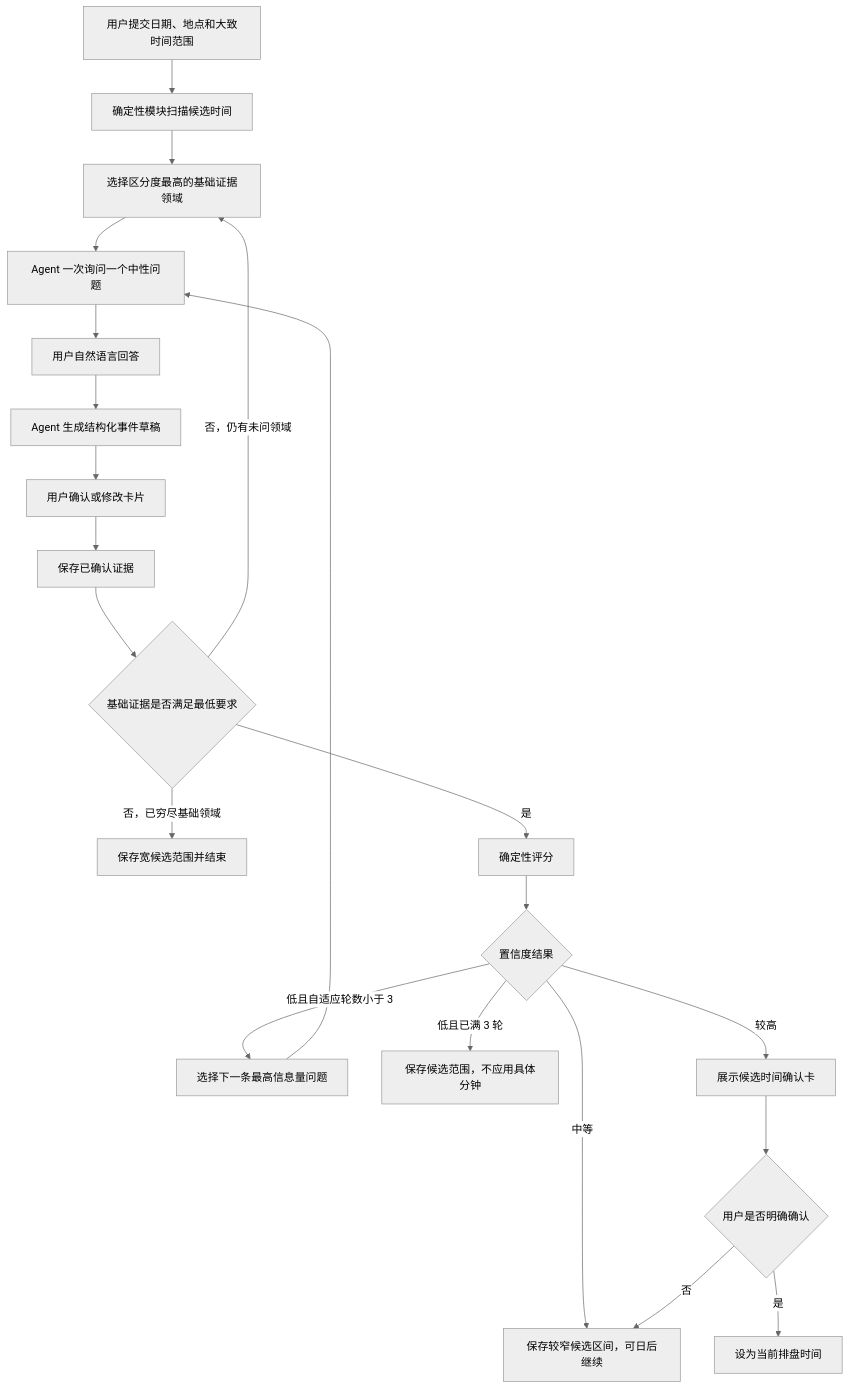
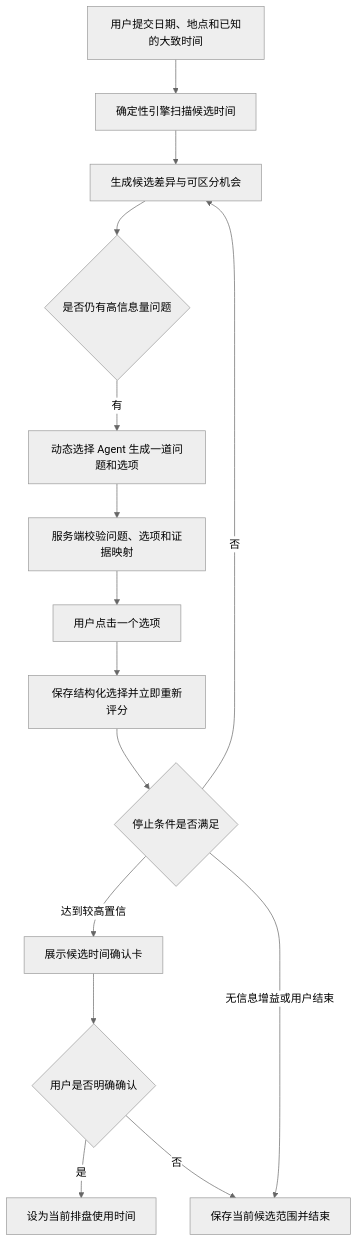
The first of 2 diagrams in docs/superpowers/specs/2026-07-18-agent-guided-birth-time-rectification-design.md (jesse-ux/Jyotisha), drawn with Mermaid (neutral theme) before and after one commit. The commit also changed other lines of this file and 1 other file, not shown here.

````diff
--- a/docs/superpowers/specs/2026-07-18-agent-guided-birth-time-rectification-design.md
+++ b/docs/superpowers/specs/2026-07-18-agent-guided-birth-time-rectification-design.md
@@ -40,23 +43,17 @@
 ```mermaid
 flowchart TD
-    A["用户提交日期、地点和大致时间范围"] --> B["确定性模块扫描候选时间"]
-    B --> C["选择区分度最高的基础证据领域"]
-    C --> D["Agent 一次询问一个中性问题"]
-    D --> E["用户自然语言回答"]
-    E --> F["Agent 生成结构化事件草稿"]
-    F --> G["用户确认或修改卡片"]
-    G --> H["保存已确认证据"]
-    H --> I{"基础证据是否满足最低要求"}
-    I -->|"否，仍有未问领域"| C
-    I -->|"否，已穷尽基础领域"| J["保存宽候选范围并结束"]
-    I -->|"是"| K["确定性评分"]
-    K --> L{"置信度结果"}
-    L -->|"低且自适应轮数小于 3"| M["选择下一条最高信息量问题"]
-    M --> D
-    L -->|"低且已满 3 轮"| N["保存候选范围，不应用具体分钟"]
-    L -->|"中等"| O["保存较窄候选区间，可日后继续"]
-    L -->|"较高"| P["展示候选时间确认卡"]
-    P --> Q{"用户是否明确确认"}
-    Q -->|"否"| O
-    Q -->|"是"| R["设为当前排盘时间"]
+    A["用户提交日期、地点和已知的大致时间"] --> B["确定性引擎扫描候选时间"]
+    B --> C["生成候选差异与可区分机会"]
+    C --> D{"是否仍有高信息量问题"}
+    D -->|"有"| E["动态选择 Agent 生成一道问题和选项"]
+    E --> F["服务端校验问题、选项和证据映射"]
+    F --> G["用户点击一个选项"]
+    G --> H["保存结构化选择并立即重新评分"]
+    H --> I{"停止条件是否满足"}
+    I -->|"否"| C
+    I -->|"达到较高置信"| J["展示候选时间确认卡"]
+    I -->|"无信息增益或用户结束"| K["保存当前候选范围并结束"]
+    J --> L{"用户是否明确确认"}
+    L -->|"是"| M["设为当前排盘使用时间"]
+    L -->|"否"| K
 ```
````
